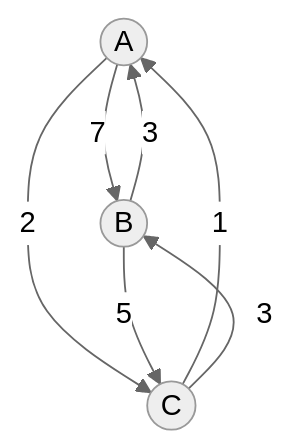
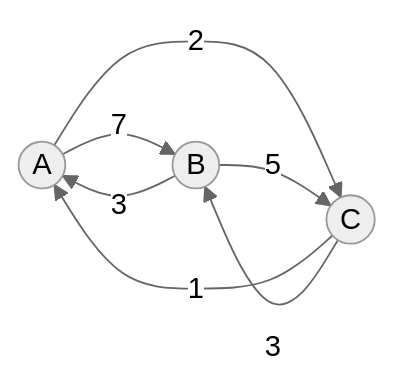
One commit to rabestro/test-mermaid changed the second of 2 diagrams in README.md. Above: the diagram before and after it, drawn with Mermaid (neutral theme).

````diff
--- a/README.md
+++ b/README.md
@@ -11,9 +11,9 @@
 ```mermaid
-flowchart 
+flowchart LR
     A((A)) -->|7| B((B))
     A -->|2| C((C))
     B -->|3| A
     B -->|5| C
     C -->|1| A
     C -->|3| B
 ```
````
